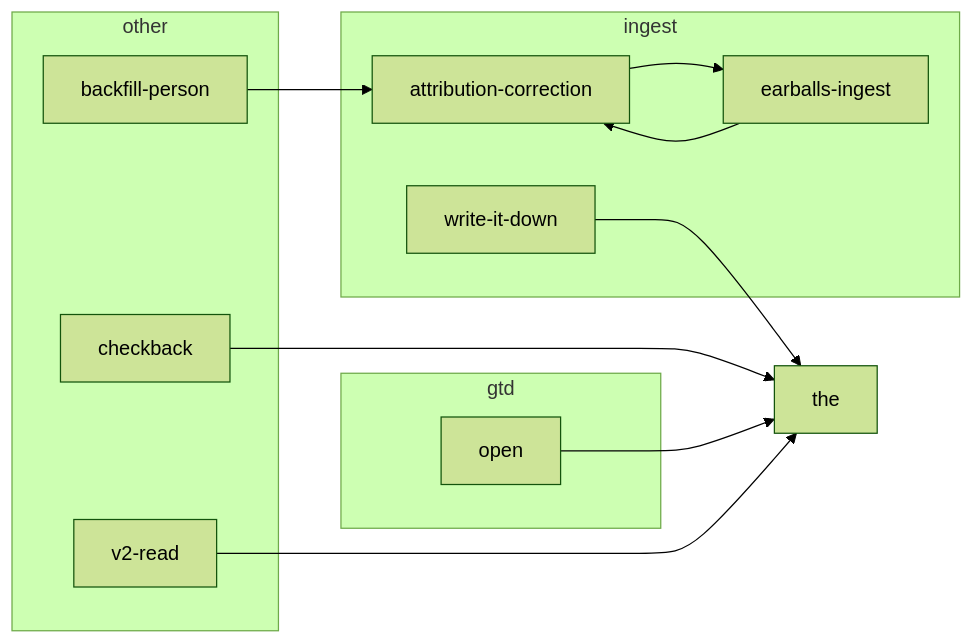
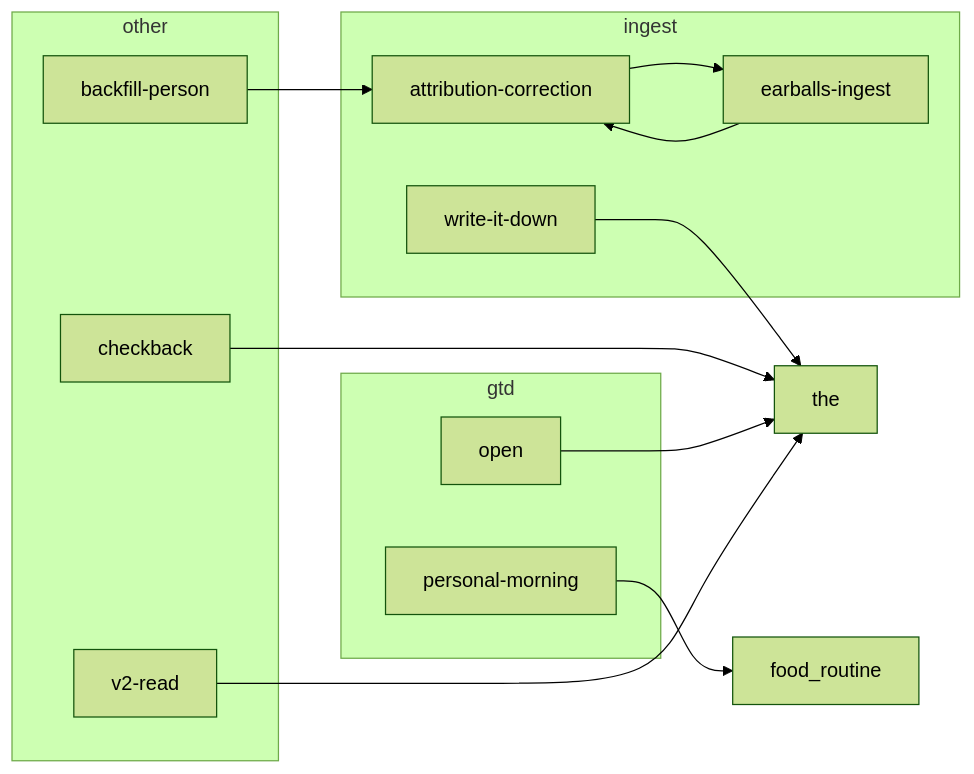
One commit to gordonium/sancho changed the third of 4 diagrams in MAP.md. Above: the diagram before and after it, drawn with Mermaid (forest theme). The commit also changed other lines of this file and 68 other files, not shown here.

````diff
--- a/MAP.md
+++ b/MAP.md
@@ -64,23 +64,25 @@
 ```mermaid
 flowchart LR
   subgraph gtd
     open[open]
+    personal_morning[personal-morning]
   end
   subgraph ingest
     attribution_correction[attribution-correction]
     earballs_ingest[earballs-ingest]
     write_it_down[write-it-down]
   end
   subgraph other
     backfill_person[backfill-person]
     checkback[checkback]
     v2_read[v2-read]
   end
   attribution_correction --> earballs_ingest
   backfill_person --> attribution_correction
   checkback --> the
   earballs_ingest --> attribution_correction
   open --> the
+  personal_morning --> food_routine
   v2_read --> the
   write_it_down --> the
 ```
````
